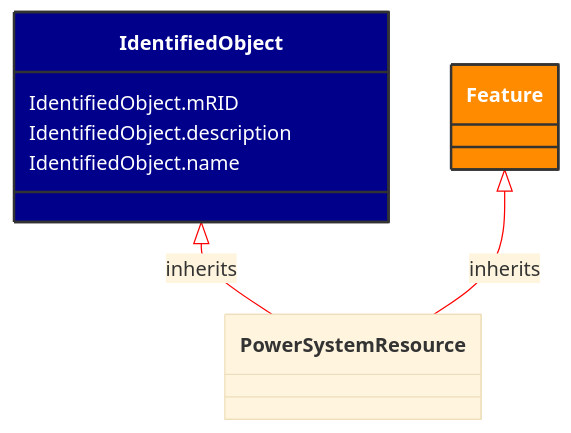
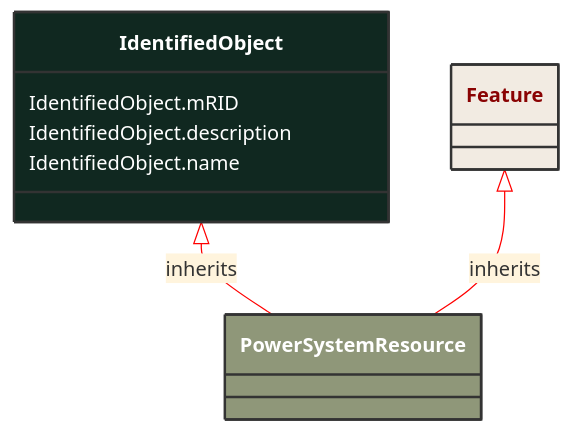
Before and after one commit to 3lbits/NoCIMExtensions: the diagram in docs/Models/Profiles/WattApp/AbstractClasses/IdentifiedObject.md, drawn with Mermaid. The commit also changed 190 other files, not shown here.

````diff
--- a/docs/Models/Profiles/WattApp/AbstractClasses/IdentifiedObject.md
+++ b/docs/Models/Profiles/WattApp/AbstractClasses/IdentifiedObject.md
@@ -10,25 +10,23 @@
 ```mermaid
 %%{init: {'theme':'base','themeVariables': {'lineColor': '#FF0000'}}}%%
 classDiagram
     class IdentifiedObject
     click IdentifiedObject href "/Models/Profiles/WattApp/AbstractClasses/IdentifiedObject/"
-    style IdentifiedObject fill:#006400,stroke:#333,stroke-width:2px,rx:10,ry:10,color:white
+    style IdentifiedObject fill:#102820,stroke:#333,stroke-width:2px,rx:10,ry:10,color:white
 
         IdentifiedObject <|-- PowerSystemResource : inherits
-            click IdentifiedObject href "/Models/Profiles/WattApp/AbstractClasses/IdentifiedObject/"
-            style IdentifiedObject fill:#00008B,stroke:#333,stroke-width:2px,rx:10,ry:10,color:white
 
         PowerSystemResource
             click PowerSystemResource href "/Models/Profiles/WattApp/AbstractClasses/PowerSystemResource/"
-            style IdentifiedObject fill:#00008B,stroke:#333,stroke-width:2px,rx:10,ry:10,color:white
+            style PowerSystemResource fill:#8F9779,stroke:#333,stroke-width:2px,rx:10,ry:10,color:white
 
         Feature <|-- PowerSystemResource : inherits
             click Feature href "/Models/Profiles/WattApp/ConcreteClasses/Feature/"
-            style Feature fill:#FF8C00,stroke:#333,stroke-width:2px,rx:10,ry:10,color:white
+            style Feature fill:#F2EBE2,stroke:#333,stroke-width:2px,rx:10,ry:10,color:#8A0303
 
 
 
         IdentifiedObject : IdentifiedObject.mRID
         IdentifiedObject : IdentifiedObject.description
         IdentifiedObject : IdentifiedObject.name
 ```
````
